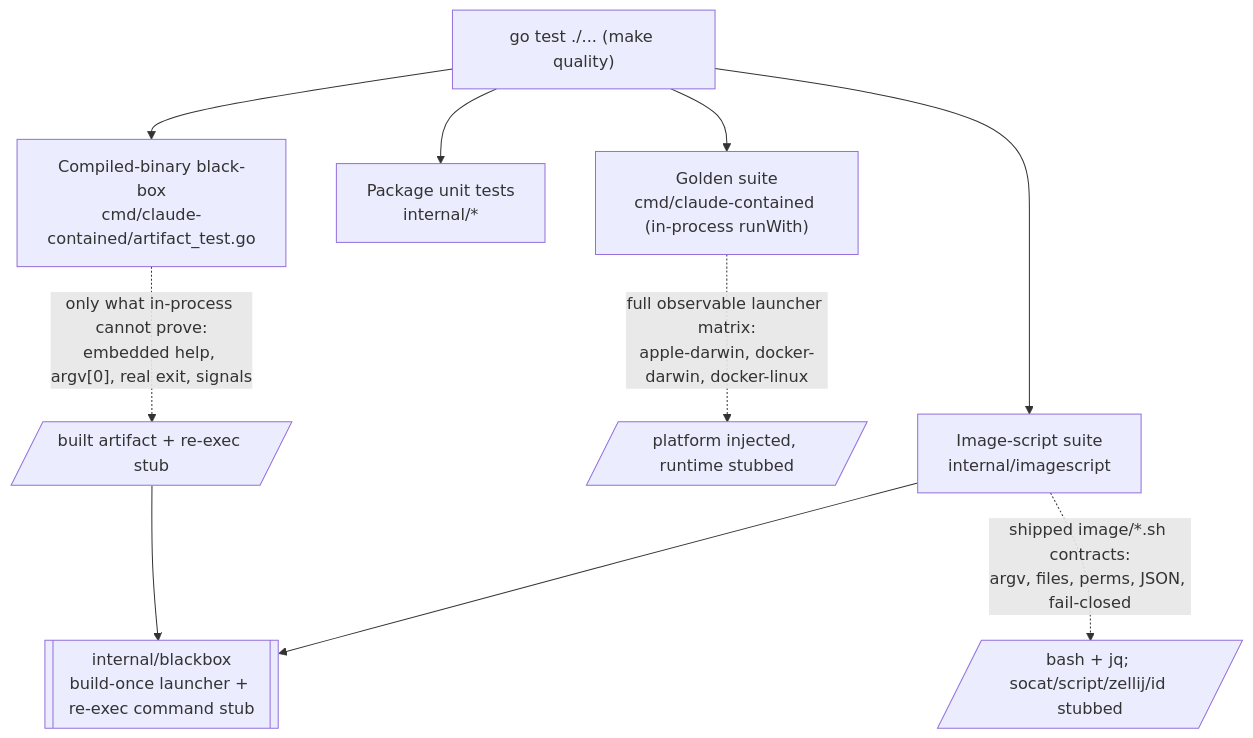
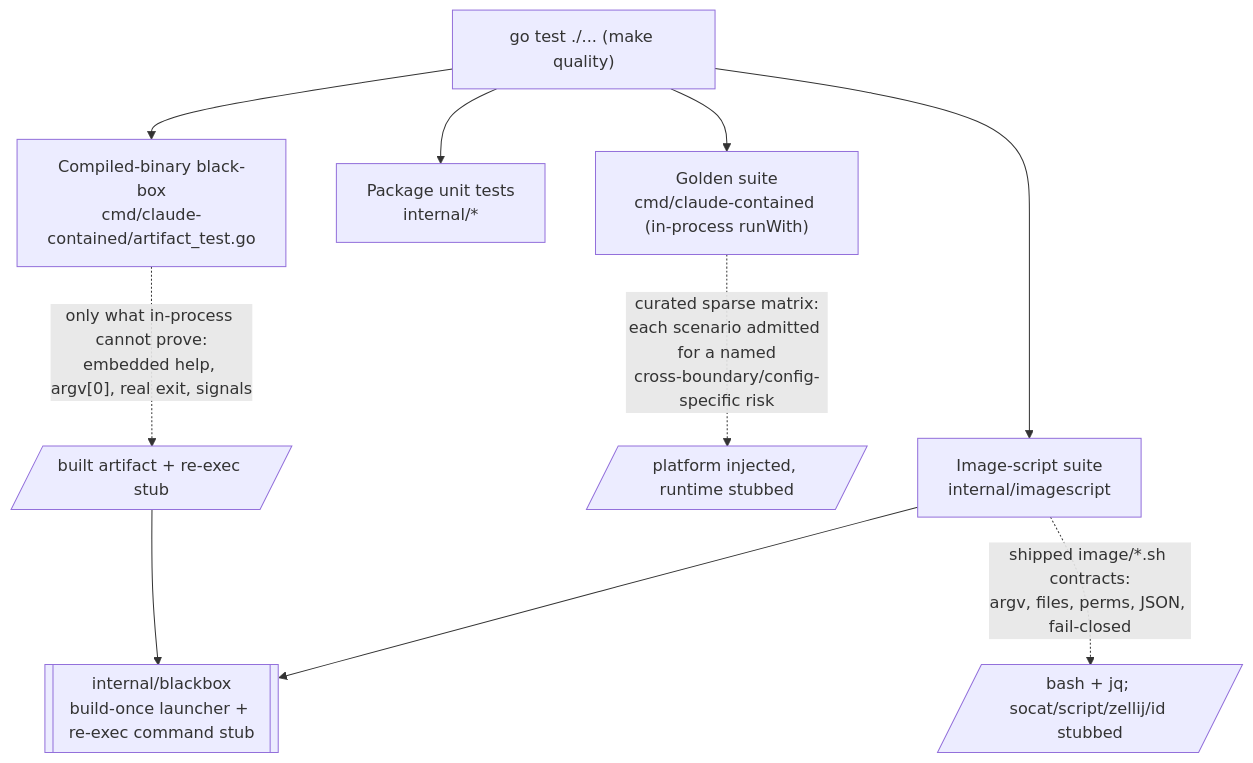
Before and after one commit to gregwebs/claude-contained: the diagram in docs/adr/0008-go-owned-test-migration.md, drawn with Mermaid. The commit also changed other lines of this file and 194 other files, not shown here.

First line of the commit message:
Curate the golden launcher contract matrix (#54) (#57)

````diff
--- a/docs/adr/0008-go-owned-test-migration.md
+++ b/docs/adr/0008-go-owned-test-migration.md
@@ -21,15 +21,15 @@
 ```mermaid
 flowchart TD
     gt["go test ./... (make quality)"]
     gt --> golden["Golden suite\ncmd/claude-contained (in-process runWith)"]
     gt --> pkg["Package unit tests\ninternal/*"]
     gt --> art["Compiled-binary black-box\ncmd/claude-contained/artifact_test.go"]
     gt --> img["Image-script suite\ninternal/imagescript"]
 
-    golden -.->|"full observable launcher matrix:\napple-darwin, docker-darwin, docker-linux"| gp[/"platform injected, runtime stubbed"/]
+    golden -.->|"curated sparse matrix:\neach scenario admitted for a named\ncross-boundary/config-specific risk"| gp[/"platform injected, runtime stubbed"/]
     art -.->|"only what in-process cannot prove:\nembedded help, argv[0], real exit, signals"| bb[/"built artifact + re-exec stub"/]
     img -.->|"shipped image/*.sh contracts:\nargv, files, perms, JSON, fail-closed"| bs[/"bash + jq; socat/script/zellij/id stubbed"/]
 
     bb --> harness[["internal/blackbox\nbuild-once launcher + re-exec command stub"]]
     img --> harness
 ```
````
